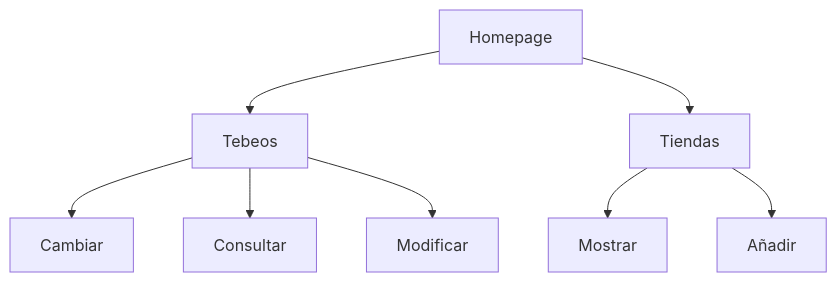
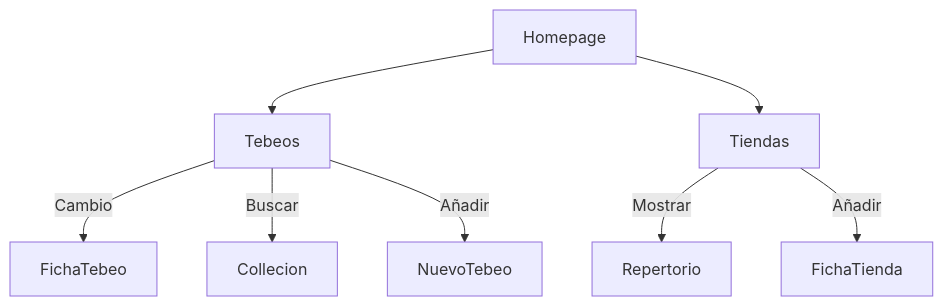
One commit to teekismikiss/proyecto-final changed the first of 3 diagrams in README.md. Above: the diagram before and after it, drawn with Mermaid. The commit also changed other lines of this file, not shown here.

````diff
--- a/README.md
+++ b/README.md
@@ -14,11 +37,10 @@
 ```mermaid
 graph TD;
     Homepage--> Tebeos;
     Homepage-->Tiendas;
-    Tebeos-->Cambiar;
-    Tebeos--> Consultar;
-     Tebeos-->Modificar ;
-    Tiendas--> Mostrar;
-    Tiendas-->Añadir;
-    
+    Tebeos-->|Cambio|FichaTebeo;
+    Tebeos--> |Buscar| Collecion;
+     Tebeos--> |Añadir|NuevoTebeo ;
+    Tiendas--> |Mostrar|Repertorio;
+    Tiendas-->|Añadir|FichaTienda;
 ```
````
